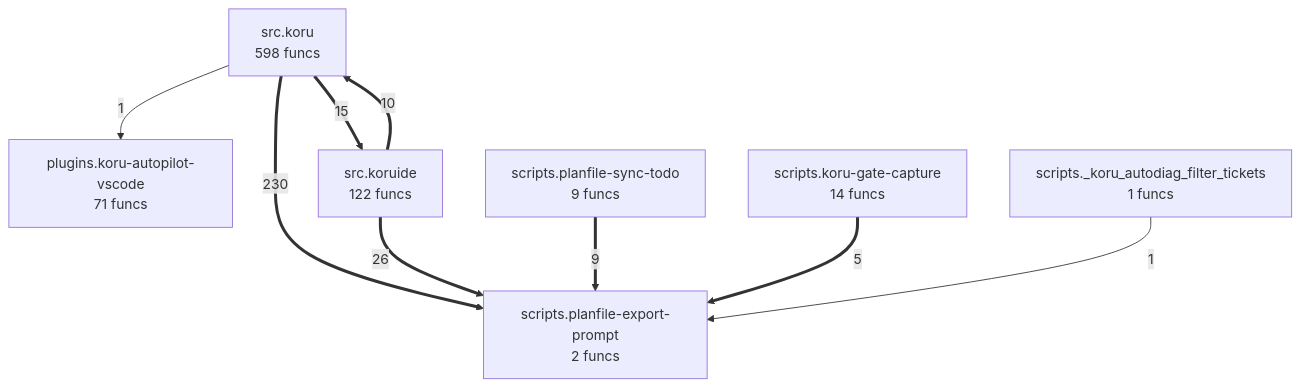
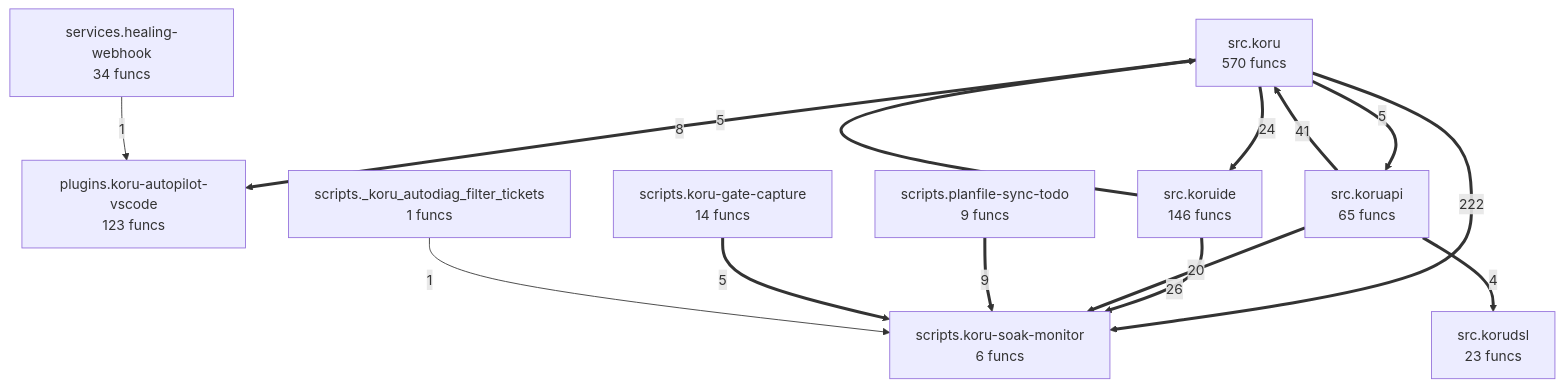
The diagram in project/compact_flow.mmd (semcod/koru), drawn with Mermaid before and after one commit. The commit also changed 29 other files, not shown here.

```diff
--- a/project/compact_flow.mmd
+++ b/project/compact_flow.mmd
@@ -1,17 +1,25 @@
 flowchart TD
-%% generated in 0.02s
-    plugins__koru_autopilot_vscode["plugins.koru-autopilot-vscode<br/>71 funcs"]
+%% generated in 0.03s
+    plugins__koru_autopilot_vscode["plugins.koru-autopilot-vscode<br/>123 funcs"]
     scripts___koru_autodiag_filter_tickets["scripts._koru_autodiag_filter_tickets<br/>1 funcs"]
     scripts__koru_gate_capture["scripts.koru-gate-capture<br/>14 funcs"]
-    scripts__planfile_export_prompt["scripts.planfile-export-prompt<br/>2 funcs"]
+    scripts__koru_soak_monitor["scripts.koru-soak-monitor<br/>6 funcs"]
     scripts__planfile_sync_todo["scripts.planfile-sync-todo<br/>9 funcs"]
-    src__koru["src.koru<br/>598 funcs"]
-    src__koruide["src.koruide<br/>122 funcs"]
-    src__koru ==>|230| scripts__planfile_export_prompt
-    src__koruide ==>|26| scripts__planfile_export_prompt
-    src__koru ==>|15| src__koruide
-    src__koruide ==>|10| src__koru
-    scripts__planfile_sync_todo ==>|9| scripts__planfile_export_prompt
-    scripts__koru_gate_capture ==>|5| scripts__planfile_export_prompt
-    src__koru -->|1| plugins__koru_autopilot_vscode
-    scripts___koru_autodiag_filter_tickets -->|1| scripts__planfile_export_prompt
+    services__healing_webhook["services.healing-webhook<br/>34 funcs"]
+    src__koru["src.koru<br/>570 funcs"]
+    src__koruapi["src.koruapi<br/>65 funcs"]
+    src__korudsl["src.korudsl<br/>23 funcs"]
+    src__koruide["src.koruide<br/>146 funcs"]
+    src__koru ==>|222| scripts__koru_soak_monitor
+    src__koruapi ==>|41| src__koru
+    src__koruide ==>|26| scripts__koru_soak_monitor
+    src__koru ==>|24| src__koruide
+    src__koruapi ==>|20| scripts__koru_soak_monitor
+    scripts__planfile_sync_todo ==>|9| scripts__koru_soak_monitor
+    src__koruide ==>|8| src__koru
+    src__koru ==>|5| plugins__koru_autopilot_vscode
+    scripts__koru_gate_capture ==>|5| scripts__koru_soak_monitor
+    src__koru ==>|5| src__koruapi
+    src__koruapi ==>|4| src__korudsl
+    services__healing_webhook -->|1| plugins__koru_autopilot_vscode
+    scripts___koru_autodiag_filter_tickets -->|1| scripts__koru_soak_monitor
```
